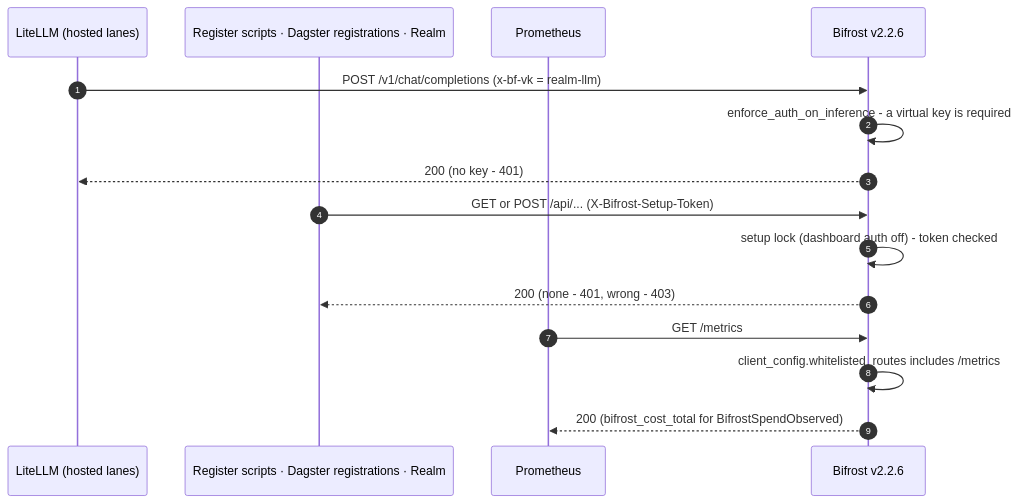
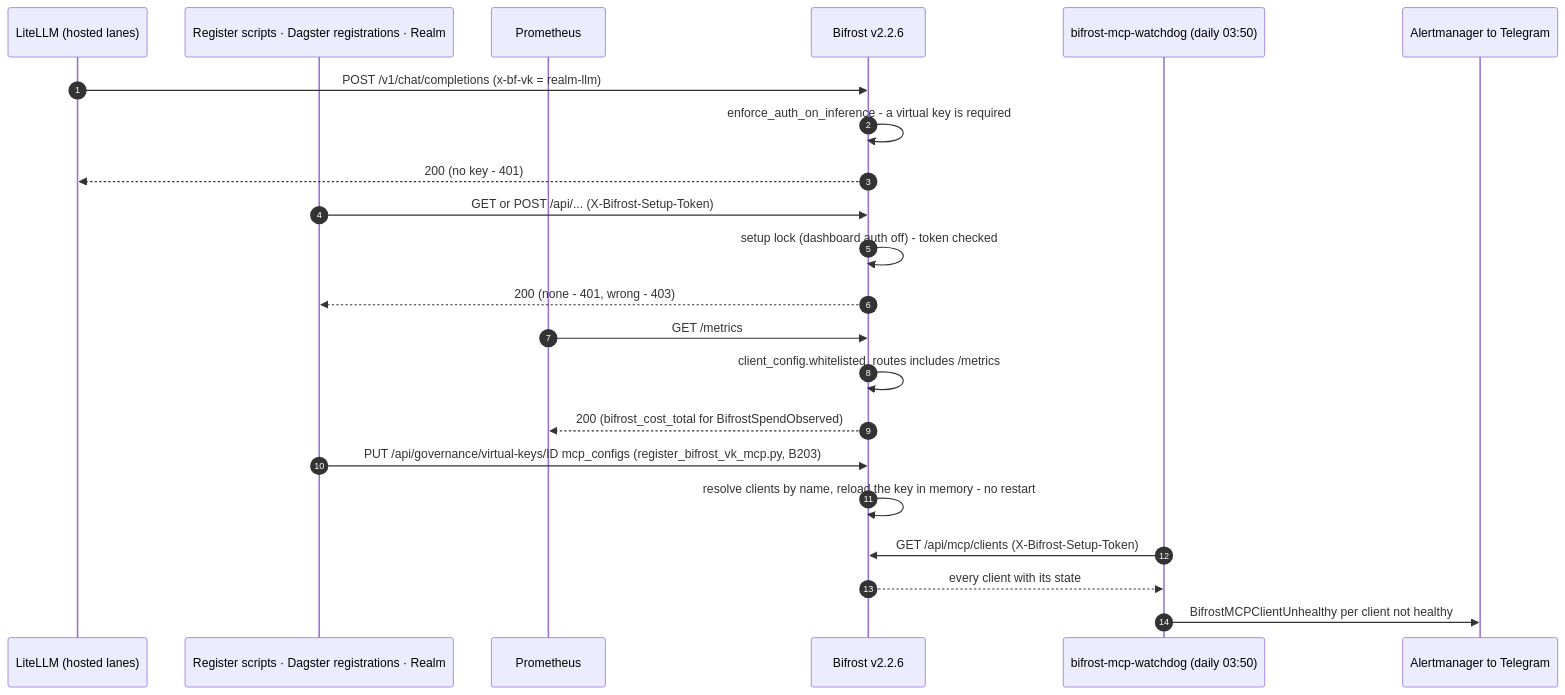
One commit to edtbl76/weyland-lab changed the second of 2 diagrams in docs/diagrams/flow-bifrost.md. Above: the diagram before and after it, drawn with Mermaid. The commit also changed other lines of this file and 21 other files, not shown here.

First line of the commit message:
**Implement Bifrost MCP Watchdog and Refactor VK-MCP Scripts:**

````diff
--- a/docs/diagrams/flow-bifrost.md
+++ b/docs/diagrams/flow-bifrost.md
@@ -26,17 +26,24 @@
 ```mermaid
 sequenceDiagram
     autonumber
     participant L as LiteLLM (hosted lanes)
     participant R as Register scripts · Dagster registrations · Realm
     participant P as Prometheus
     participant B as Bifrost v2.2.6
     L->>B: POST /v1/chat/completions (x-bf-vk = realm-llm)
     B->>B: enforce_auth_on_inference - a virtual key is required
     B-->>L: 200 (no key - 401)
     R->>B: GET or POST /api/... (X-Bifrost-Setup-Token)
     B->>B: setup lock (dashboard auth off) - token checked
     B-->>R: 200 (none - 401, wrong - 403)
     P->>B: GET /metrics
     B->>B: client_config.whitelisted_routes includes /metrics
     B-->>P: 200 (bifrost_cost_total for BifrostSpendObserved)
+    R->>B: PUT /api/governance/virtual-keys/ID mcp_configs (register_bifrost_vk_mcp.py, B203)
+    B->>B: resolve clients by name, reload the key in memory - no restart
+    participant W as bifrost-mcp-watchdog (daily 03:50)
+    participant AM as Alertmanager to Telegram
+    W->>B: GET /api/mcp/clients (X-Bifrost-Setup-Token)
+    B-->>W: every client with its state
+    W->>AM: BifrostMCPClientUnhealthy per client not healthy
 ```
````
